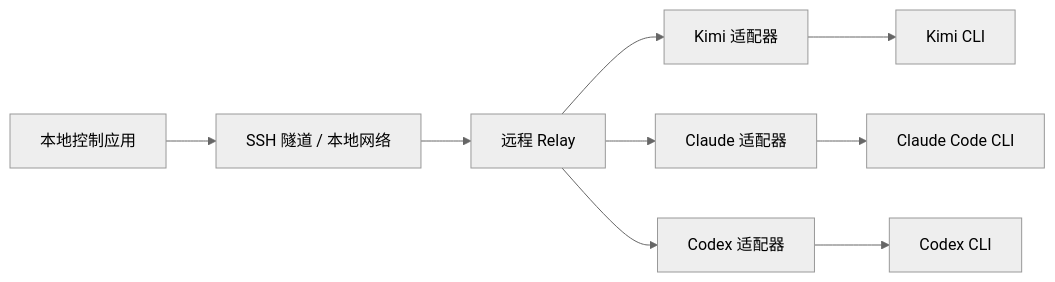
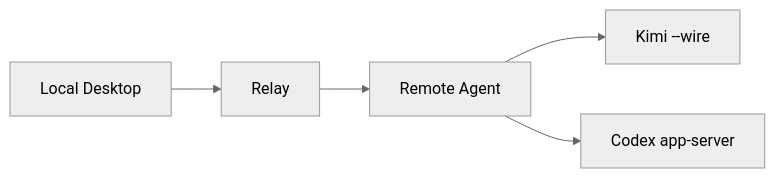
One commit to medqhuang/agent-control-plane changed the second of 2 diagrams in README.md. Above: the diagram before and after it, drawn with Mermaid (neutral theme). The commit also changed other lines of this file and 2 other files, not shown here.

Commit message:
Realign docs around remote-agent foundation roadmap

````diff
--- a/README.md
+++ b/README.md
@@ -160,11 +93,7 @@
 ```mermaid
 flowchart LR
-    A["本地控制应用"] --> B["SSH 隧道 / 本地网络"]
-    B --> C["远程 Relay"]
-    C --> D["Kimi 适配器"]
-    C --> E["Claude 适配器"]
-    C --> F["Codex 适配器"]
-    D --> G["Kimi CLI"]
-    E --> H["Claude Code CLI"]
-    F --> I["Codex CLI"]
+    A["Local Desktop"] --> B["Relay"]
+    B --> C["Remote Agent"]
+    C --> D["Kimi --wire"]
+    C --> E["Codex app-server"]
 ```
````
